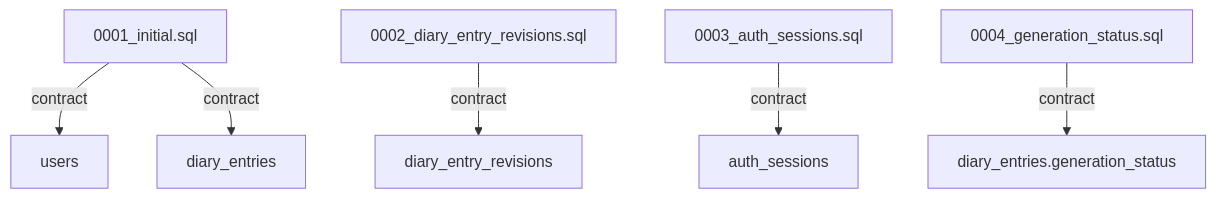
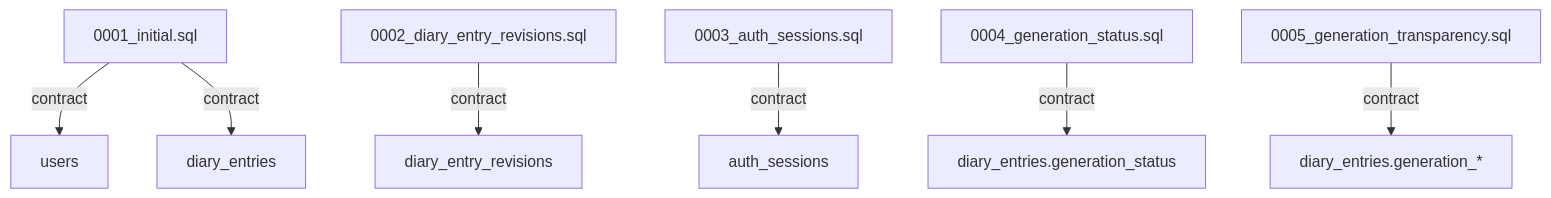
One commit to YotaroMatsui/future_diary changed the diagram in packages/db/src/migrations/README.md. Above: the diagram before and after it, drawn with Mermaid. The commit also changed other lines of this file and 16 other files, not shown here.

Commit message:
feat: improve generation transparency and history browsing

````diff
--- a/packages/db/src/migrations/README.md
+++ b/packages/db/src/migrations/README.md
@@ -163,8 +169,9 @@
 ```mermaid
 flowchart TD
   SQL["0001_initial.sql"] -->|"contract"| U["users"]
   SQL -->|"contract"| D["diary_entries"]
   SQL2["0002_diary_entry_revisions.sql"] -->|"contract"| DR["diary_entry_revisions"]
   SQL3["0003_auth_sessions.sql"] -->|"contract"| AS["auth_sessions"]
   SQL4["0004_generation_status.sql"] -->|"contract"| GS["diary_entries.generation_status"]
+  SQL5["0005_generation_transparency.sql"] -->|"contract"| GT["diary_entries.generation_*"]
 ```
````
